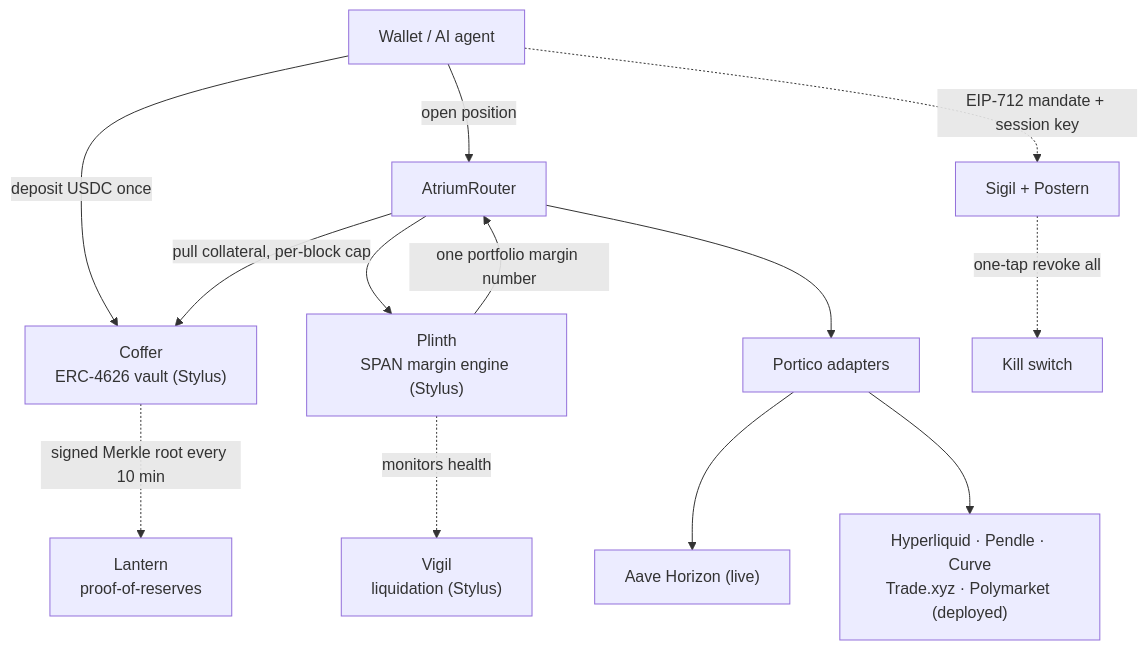
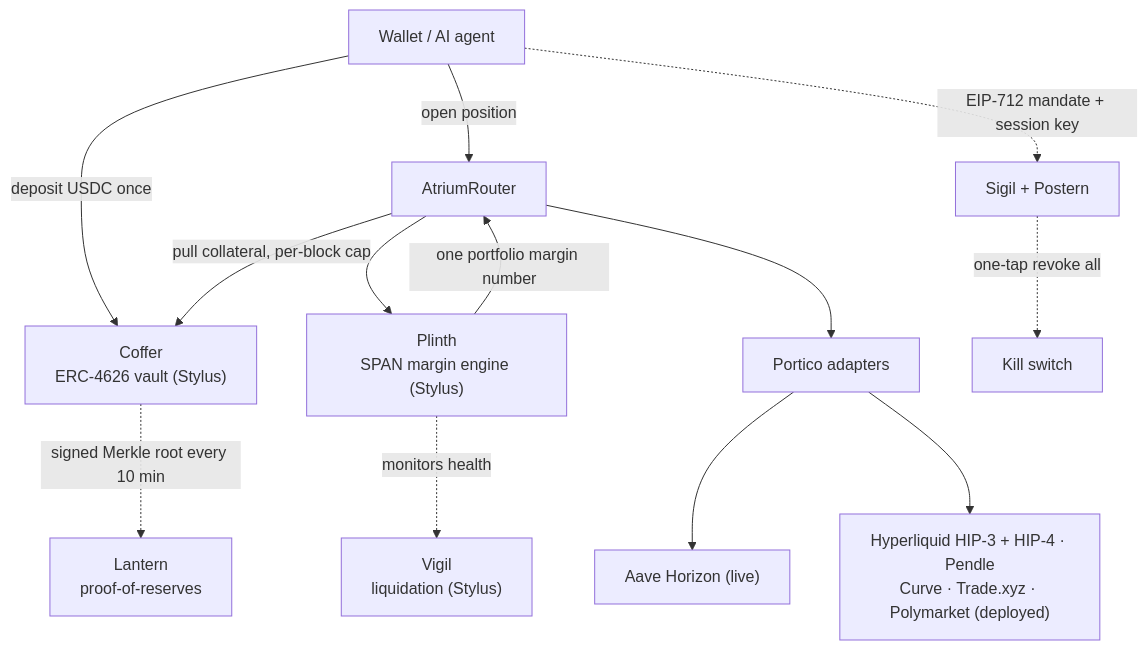
Before and after one commit to Pratiikpy/atrium: the diagram in README.md, drawn with Mermaid. The commit also changed other lines of this file and 12 other files, not shown here.

````diff
--- a/README.md
+++ b/README.md
@@ -41,16 +41,16 @@
 ```mermaid
 flowchart TD
     U["Wallet / AI agent"]
     U -->|"deposit USDC once"| C["Coffer<br/>ERC-4626 vault (Stylus)"]
     U -->|"open position"| R["AtriumRouter"]
     R --> P["Plinth<br/>SPAN margin engine (Stylus)"]
     P -->|"one portfolio margin number"| R
     R -->|"pull collateral, per-block cap"| C
     R --> A["Portico adapters"]
     A --> V1["Aave Horizon (live)"]
-    A --> V2["Hyperliquid · Pendle · Curve<br/>Trade.xyz · Polymarket (deployed)"]
+    A --> V2["Hyperliquid HIP-3 + HIP-4 · Pendle<br/>Curve · Trade.xyz · Polymarket (deployed)"]
     P -.->|"monitors health"| VG["Vigil<br/>liquidation (Stylus)"]
     C -.->|"signed Merkle root every 10 min"| L["Lantern<br/>proof-of-reserves"]
     U -.->|"EIP-712 mandate + session key"| S["Sigil + Postern"]
     S -.->|"one-tap revoke all"| K["Kill switch"]
 ```
````
